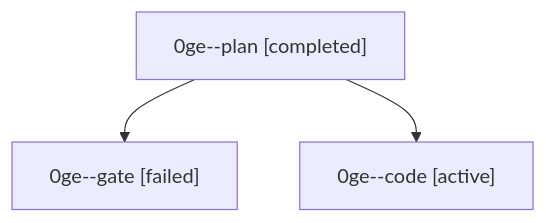
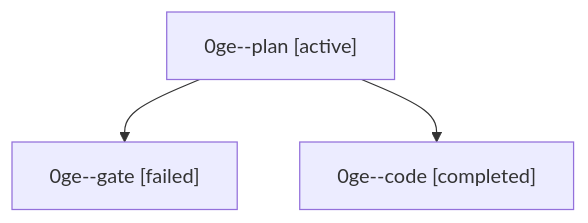
The diagram in families/bbugyi200.athena.0ge.md (sase-org/sase--agents), drawn with Mermaid before and after one commit. The commit also changed other lines of this file and 35830 other files, not shown here.

````diff
--- a/families/bbugyi200.athena.0ge.md
+++ b/families/bbugyi200.athena.0ge.md
@@ -9,8 +9,8 @@
 ```mermaid
 flowchart TD
-  n0["0ge--plan [completed]"]
+  n0["0ge--plan [active]"]
   n1["0ge--gate [failed]"]
   n0 --> n1
-  n2["0ge--code [active]"]
+  n2["0ge--code [completed]"]
   n0 --> n2
 ```
````
